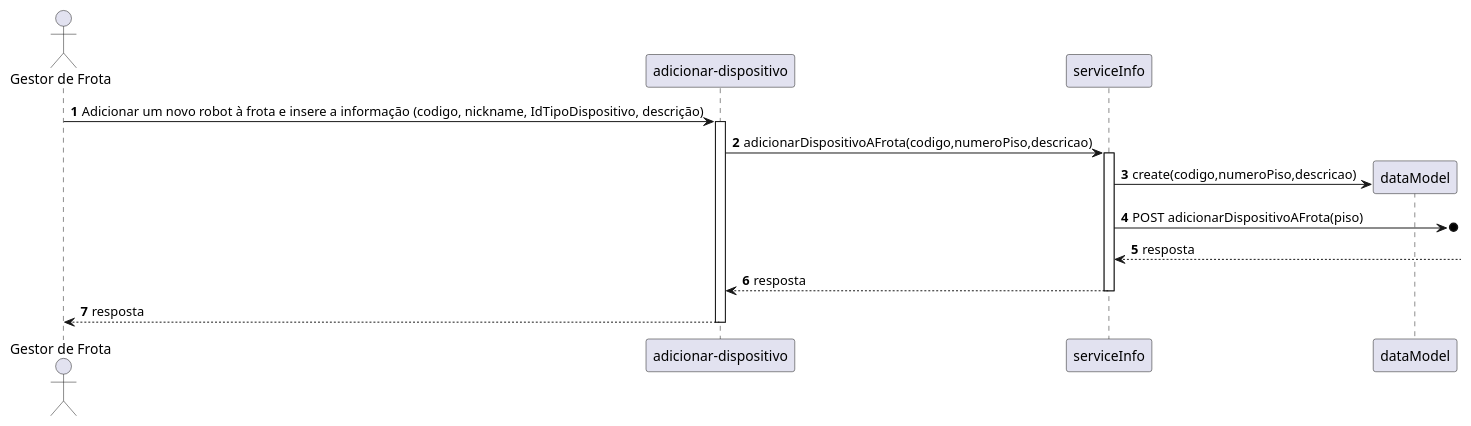
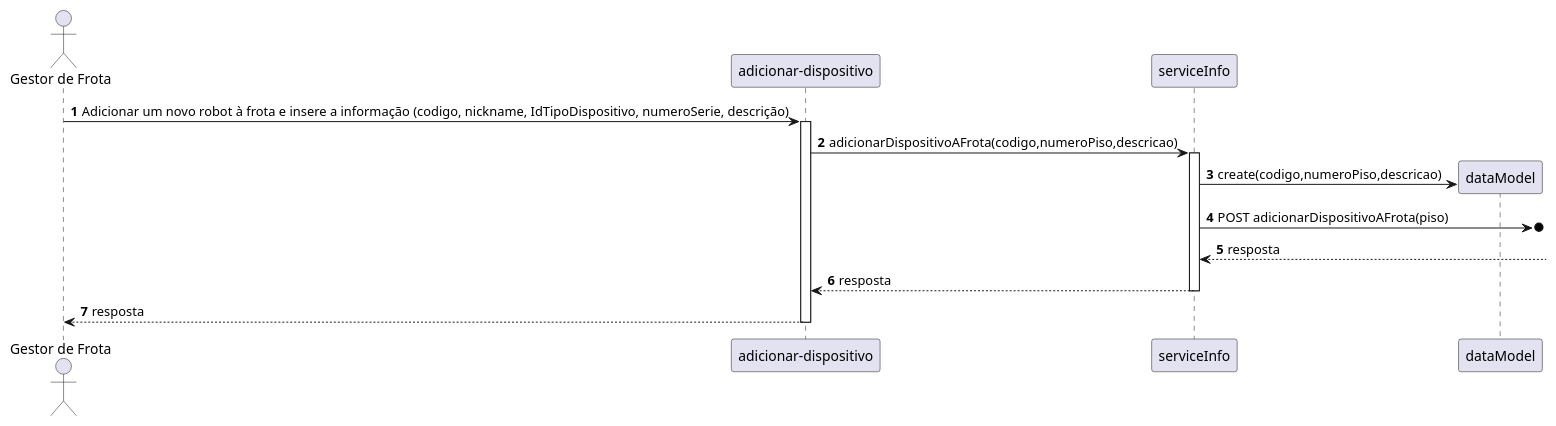
One commit to SEM5PI2324G58/sem5pi_g58_23_24 changed the diagram in docs/Sprint_B/US_1010/N3/US1010_VP.puml. Above: the diagram before and after it, drawn with PlantUML. The commit also changed 6 other files, not shown here.

```diff
--- a/docs/Sprint_B/US_1010/N3/US1010_VP.puml
+++ b/docs/Sprint_B/US_1010/N3/US1010_VP.puml
@@ -1,17 +1,17 @@
 autonumber
 
 actor "Gestor de Frota" as ator
 participant "adicionar-dispositivo" as component
 participant "serviceInfo" as serviceInfo
 participant "dataModel" as dataModel
 
 
-ator -> component: Adicionar um novo robot à frota e insere a informação (codigo, nickname, IdTipoDispositivo, descrição)
+ator -> component: Adicionar um novo robot à frota e insere a informação (codigo, nickname, IdTipoDispositivo, numeroSerie, descrição)
 activate component
 component -> serviceInfo: adicionarDispositivoAFrota(codigo,numeroPiso,descricao)
 activate serviceInfo
 serviceInfo -> dataModel **: create(codigo,numeroPiso,descricao)
 serviceInfo ->o]: POST adicionarDispositivoAFrota(piso)
 serviceInfo<-- : resposta
 return resposta
 return resposta
```
